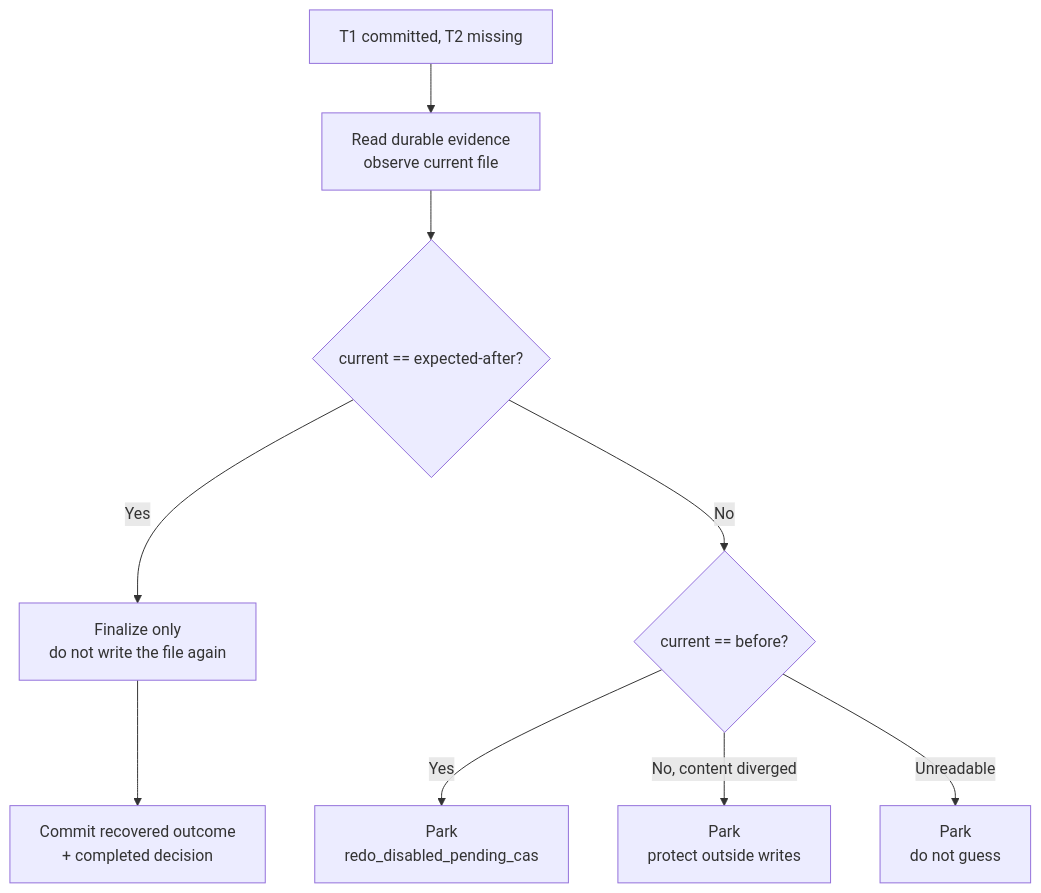
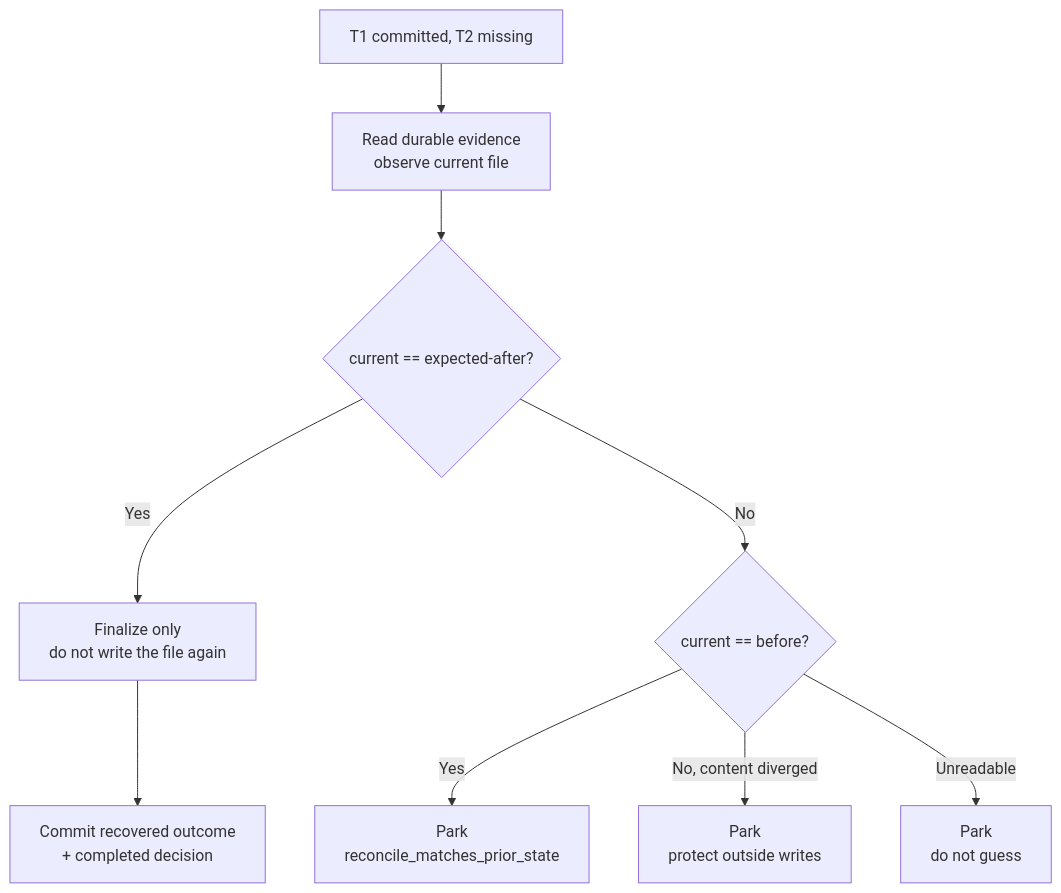
Before and after one commit to apache/maka: the ninth of 13 diagrams in docs/architecture/runtime-resume-architecture.md, drawn with Mermaid. The commit also changed other lines of this file and 4 other files, not shown here.

First line of the commit message:
docs(architecture): audit Recovery and resume group against implementation

````diff
--- a/docs/architecture/runtime-resume-architecture.md
+++ b/docs/architecture/runtime-resume-architecture.md
@@ -615,11 +615,11 @@
 ```mermaid
 flowchart TD
   T1["T1 committed, T2 missing"] --> Observe["Read durable evidence<br/>observe current file"]
   Observe --> Expected{"current == expected-after?"}
   Expected -->|"Yes"| Finalize["Finalize only<br/>do not write the file again"]
   Finalize --> Completed["Commit recovered outcome<br/>+ completed decision"]
   Expected -->|"No"| Prior{"current == before?"}
-  Prior -->|"Yes"| ParkPrior["Park<br/>redo_disabled_pending_cas"]
+  Prior -->|"Yes"| ParkPrior["Park<br/>reconcile_matches_prior_state"]
   Prior -->|"No, content diverged"| ParkDiverged["Park<br/>protect outside writes"]
   Prior -->|"Unreadable"| ParkUnreadable["Park<br/>do not guess"]
 ```
````
